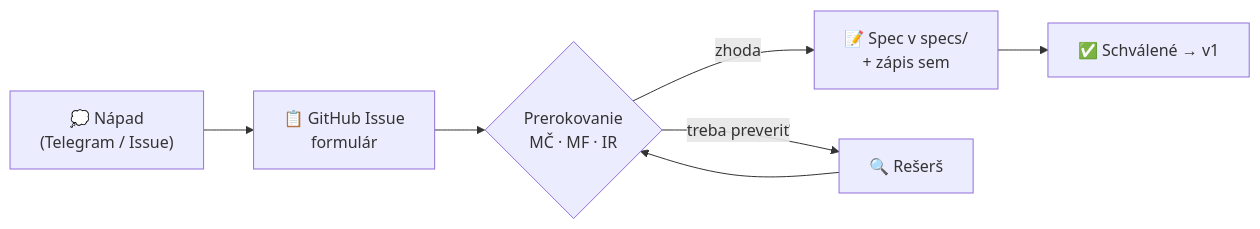
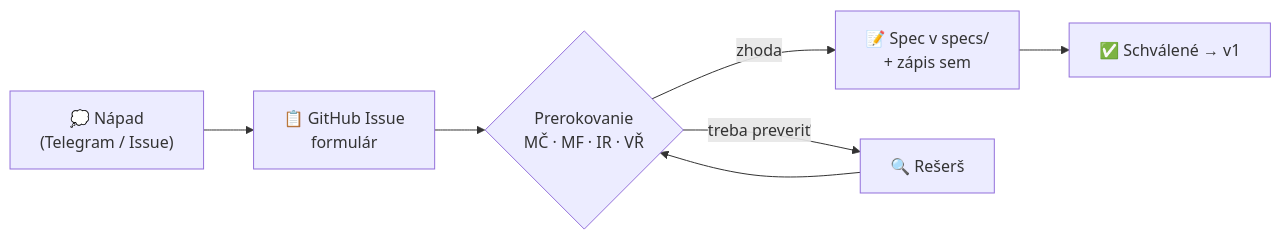
One commit to Omni-Legal-Products/lawOSS-like-SK-CZ changed the diagram in specs/navrhy.md. Above: the diagram before and after it, drawn with Mermaid. The commit also changed other lines of this file and 5 other files, not shown here.

````diff
--- a/specs/navrhy.md
+++ b/specs/navrhy.md
@@ -46,9 +57,9 @@
 ```mermaid
 flowchart LR
     N["💭 Nápad<br/>(Telegram / Issue)"] --> I["📋 GitHub Issue<br/>formulár"]
-    I --> D{"Prerokovanie<br/>MČ · MF · IR"}
+    I --> D{"Prerokovanie<br/>MČ · MF · IR · VŘ"}
     D -->|zhoda| S["📝 Spec v specs/<br/>+ zápis sem"]
     D -->|treba preveriť| R["🔍 Rešerš"]
     R --> D
     S --> A["✅ Schválené → v1"]
 ```
````
